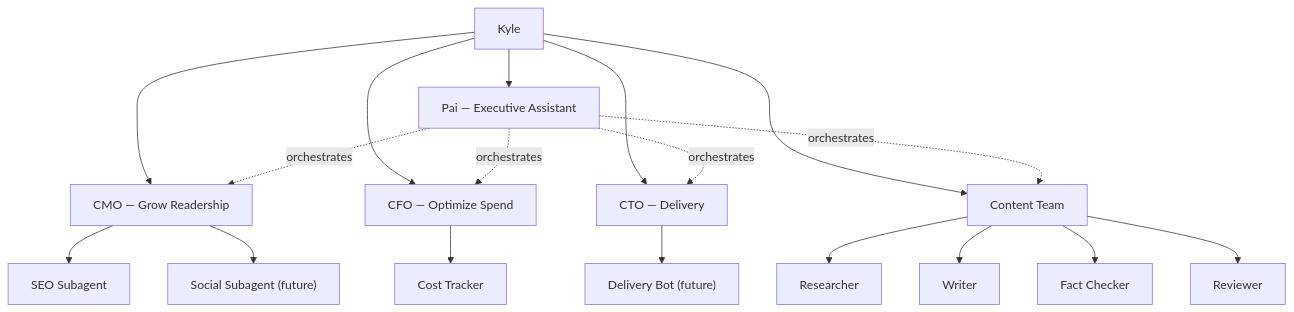
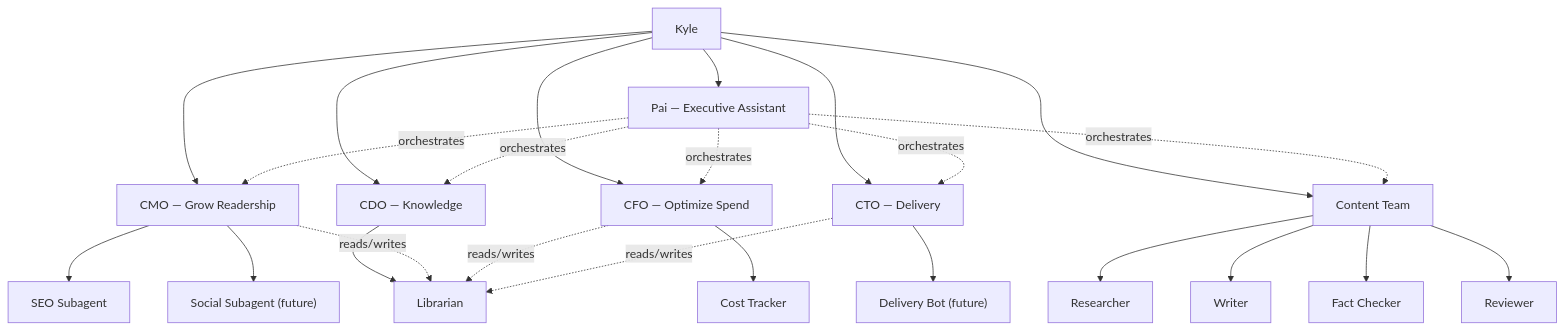
The diagram in apps/blog/blog/markdown/wiki/projects/agent-team/index.md (kylep/multi), drawn with Mermaid before and after one commit. The commit also changed other lines of this file and 5 other files, not shown here.

First line of the commit message:
Add CDO and Librarian agents for wiki knowledge management

````diff
--- a/apps/blog/blog/markdown/wiki/projects/agent-team/index.md
+++ b/apps/blog/blog/markdown/wiki/projects/agent-team/index.md
@@ -36,40 +38,49 @@
 ```mermaid
 graph TD
     Kyle["Kyle"]
     Pai["Pai — Executive Assistant"]
     CMO["CMO — Grow Readership"]
     CFO["CFO — Optimize Spend"]
     CTO["CTO — Delivery"]
+    CDO["CDO — Knowledge"]
     Content["Content Team"]
 
     SEO["SEO Subagent"]
     Social["Social Subagent (future)"]
     CostTracker["Cost Tracker"]
     DeliveryBot["Delivery Bot (future)"]
+    Librarian["Librarian"]
 
     Researcher["Researcher"]
     Writer["Writer"]
     FactChecker["Fact Checker"]
     Reviewer["Reviewer"]
 
     Kyle --> Pai
     Kyle --> CMO
     Kyle --> CFO
     Kyle --> CTO
+    Kyle --> CDO
     Kyle --> Content
 
     Pai -.->|orchestrates| CMO
     Pai -.->|orchestrates| CFO
     Pai -.->|orchestrates| CTO
+    Pai -.->|orchestrates| CDO
     Pai -.->|orchestrates| Content
 
     CMO --> SEO
     CMO --> Social
     CFO --> CostTracker
     CTO --> DeliveryBot
+    CDO --> Librarian
+
+    CMO -.->|reads/writes| Librarian
+    CFO -.->|reads/writes| Librarian
+    CTO -.->|reads/writes| Librarian
 
     Content --> Researcher
     Content --> Writer
     Content --> FactChecker
     Content --> Reviewer
 ```
````
